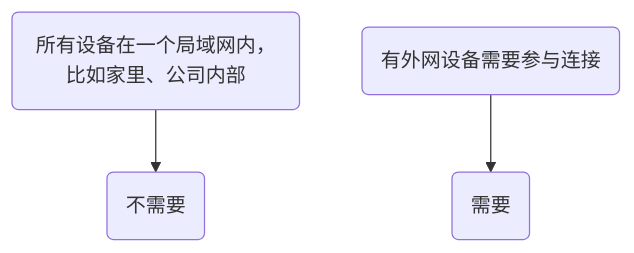
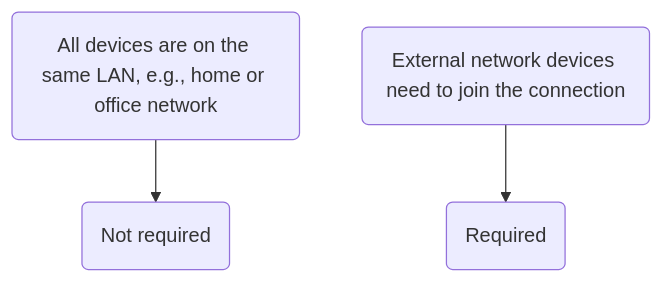
One commit to abcamus/sync-vault-doc changed the diagram in content/cloud-service/turn-server.md. Above: the diagram before and after it, drawn with Mermaid. The commit also changed other lines of this file and 30 other files, not shown here.

````diff
--- a/content/cloud-service/turn-server.md
+++ b/content/cloud-service/turn-server.md
@@ -11,10 +13,10 @@
 ```mermaid
-graph TD
-A(所有设备在一个局域网内，比如家里、公司内部)
-A1(有外网设备需要参与连接)
-B1(需要)
-B2(不需要)
+graph TD 
+A(All devices are on the same LAN, e.g., home or office network) 
+A1(External network devices need to join the connection) 
+B1(Required) 
+B2(Not required) 
 
-A1-->B1
+A1-->B1 
 A-->B2
 ```
````
